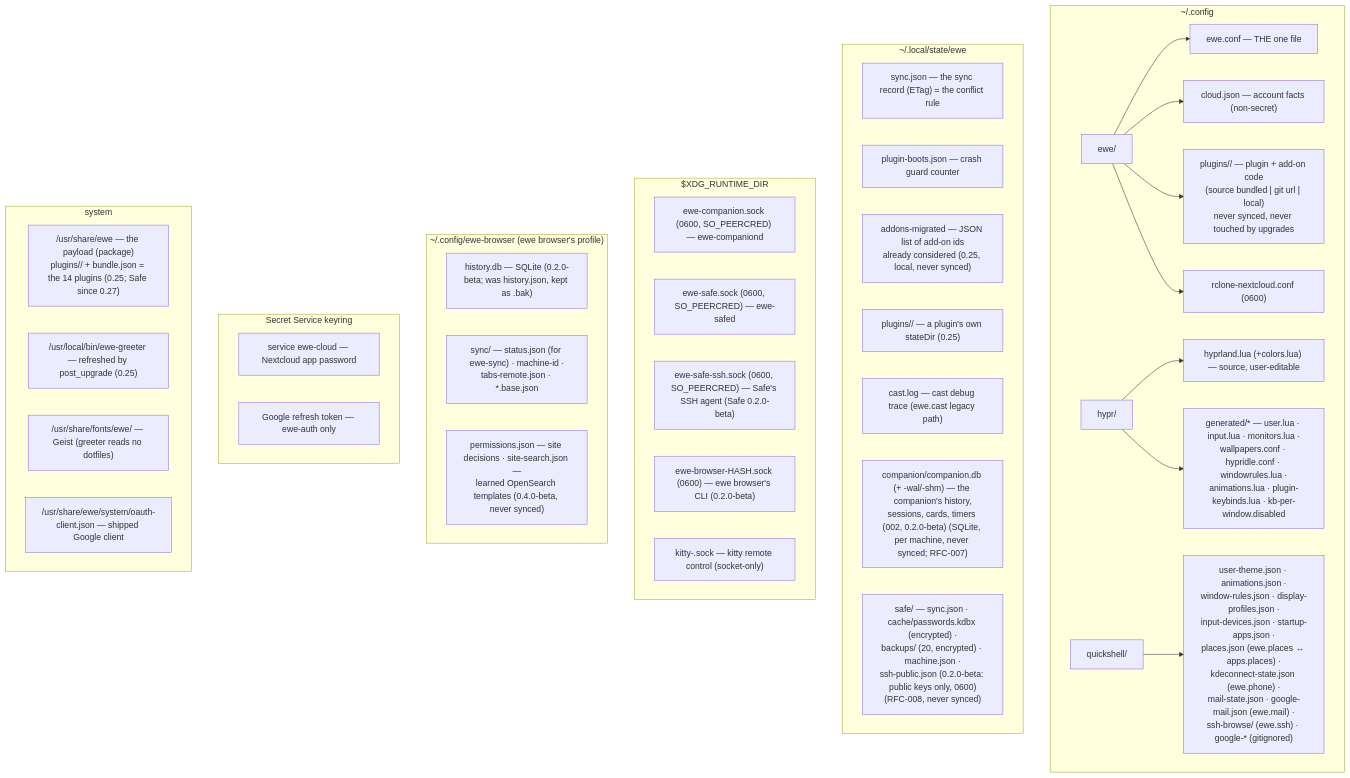
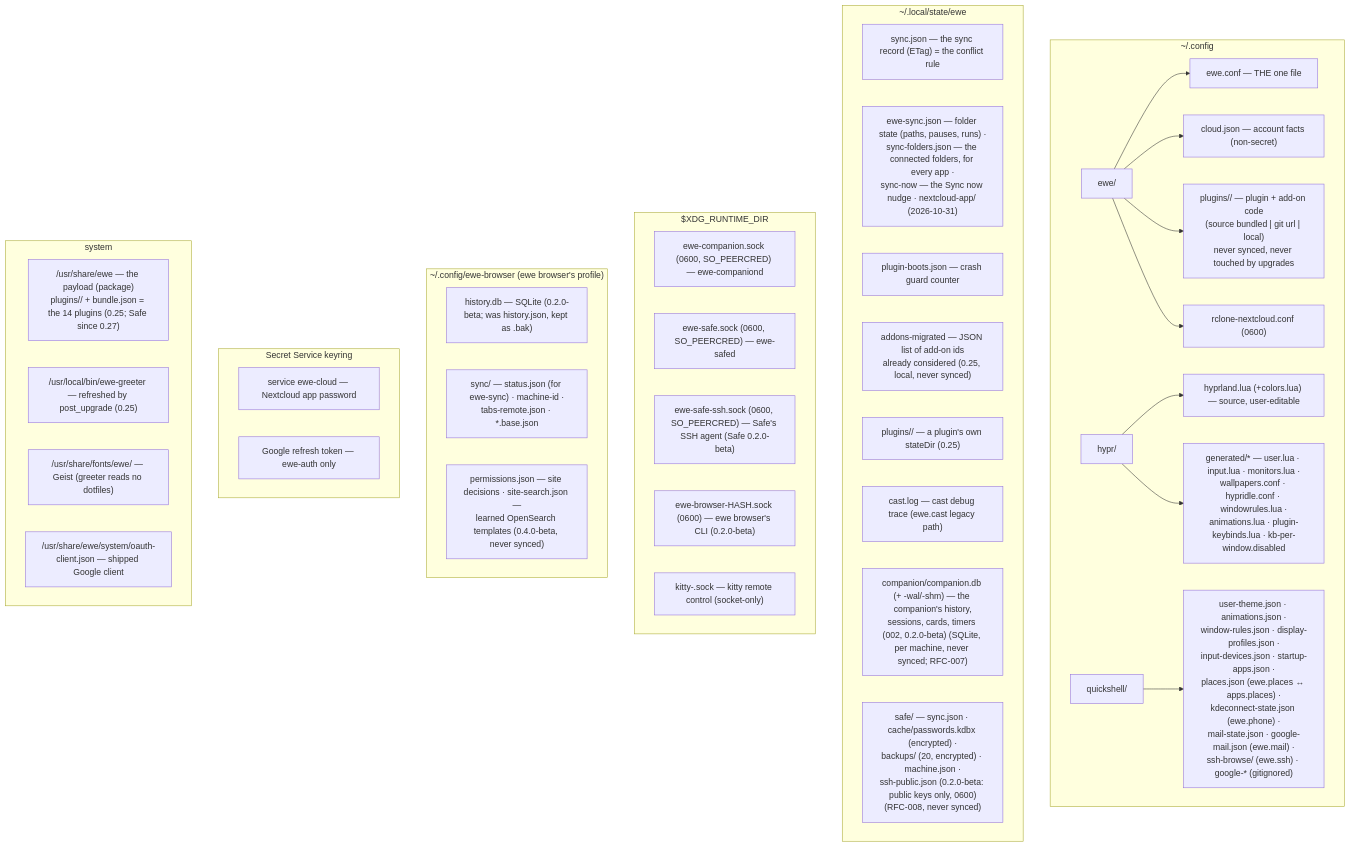
Before and after one commit to prj786/ewe-map: the diagram in 12-Reference/Storage Map.md, drawn with Mermaid. The commit also changed 16 other files, not shown here.

First line of the commit message:
docs: sign in once, everything follows — ewe-sync 0.15, ewe browser 0.6, ewe 0.37, ewe-os 0.15

````diff
--- a/12-Reference/Storage Map.md
+++ b/12-Reference/Storage Map.md
@@ -14,43 +14,44 @@
 ```mermaid
 flowchart TB
     subgraph CFG["~/.config"]
         EWE["ewe/"] --> CONF["ewe.conf — THE one file"]
         EWE --> CLOUD["cloud.json — account facts (non-secret)"]
         EWE --> PLUGS["plugins/<id>/ — plugin + add-on code<br/>(source bundled | git url | local)<br/>never synced, never touched by upgrades"]
         EWE --> RCLONE["rclone-nextcloud.conf (0600)"]
         HYPR["hypr/"] --> HYPRLUA["hyprland.lua (+colors.lua) — source, user-editable"]
         HYPR --> GEN["generated/* — user.lua · input.lua · monitors.lua ·<br/>wallpapers.conf · hypridle.conf · windowrules.lua ·<br/>animations.lua · plugin-keybinds.lua · kb-per-window.disabled"]
         QS["quickshell/"] --> QSJ["user-theme.json · animations.json ·<br/>window-rules.json · display-profiles.json ·<br/>input-devices.json · startup-apps.json ·<br/>places.json (ewe.places ↔ apps.places) ·<br/>kdeconnect-state.json (ewe.phone) ·<br/>mail-state.json · google-mail.json (ewe.mail) ·<br/>ssh-browse/ (ewe.ssh) · google-* (gitignored)"]
     end
     subgraph STATE["~/.local/state/ewe"]
         SYNC["sync.json — the sync record (ETag) = the conflict rule"]
+        FOLD["ewe-sync.json — folder state (paths, pauses, runs) ·<br/>sync-folders.json — the connected folders, for every app ·<br/>sync-now — the Sync now nudge · nextcloud-app/ (2026-10-31)"]
         BOOTS["plugin-boots.json — crash guard counter"]
         MIGR["addons-migrated — JSON list of add-on ids<br/>already considered (0.25, local, never synced)"]
         PSTATE["plugins/<id>/ — a plugin's own stateDir (0.25)"]
         CAST["cast.log — cast debug trace (ewe.cast legacy path)"]
         COMP["companion/companion.db (+ -wal/-shm) — the companion's history,<br/>sessions, cards, timers (002, 0.2.0-beta) (SQLite, per machine, never synced; RFC-007)"]
         SAFE["safe/ — sync.json · cache/passwords.kdbx (encrypted) ·<br/>backups/ (20, encrypted) · machine.json ·<br/>ssh-public.json (0.2.0-beta: public keys only, 0600)<br/>(RFC-008, never synced)"]
     end
     subgraph RUN["$XDG_RUNTIME_DIR"]
         CSOCK["ewe-companion.sock (0600, SO_PEERCRED) — ewe-companiond"]
         SSOCK["ewe-safe.sock (0600, SO_PEERCRED) — ewe-safed"]
         SSHSOCK["ewe-safe-ssh.sock (0600, SO_PEERCRED) — Safe's SSH agent (Safe 0.2.0-beta)"]
         BSOCK["ewe-browser-HASH.sock (0600) — ewe browser's CLI (0.2.0-beta)"]
         KSOCK["kitty-<pid>.sock — kitty remote control (socket-only)"]
     end
     subgraph BROWSER["~/.config/ewe-browser (ewe browser's profile)"]
         BHIST["history.db — SQLite (0.2.0-beta; was history.json, kept as .bak)"]
         BSYNC["sync/ — status.json (for ewe-sync) · machine-id ·<br/>tabs-remote.json · *.base.json"]
         BPRIV["permissions.json — site decisions · site-search.json —<br/>learned OpenSearch templates (0.4.0-beta, never synced)"]
     end
     subgraph KEYRING["Secret Service keyring"]
         KC["service ewe-cloud — Nextcloud app password"]
         KG["Google refresh token — ewe-auth only"]
     end
     subgraph SYSTEM["system"]
         PAY["/usr/share/ewe — the payload (package)<br/>plugins/<id>/ + bundle.json = the 14 plugins (0.25; Safe since 0.27)"]
         GREET["/usr/local/bin/ewe-greeter — refreshed by post_upgrade (0.25)"]
         FONTS["/usr/share/fonts/ewe/ — Geist (greeter reads no dotfiles)"]
         OAUTH["/usr/share/ewe/system/oauth-client.json — shipped Google client"]
     end
 ```
````
